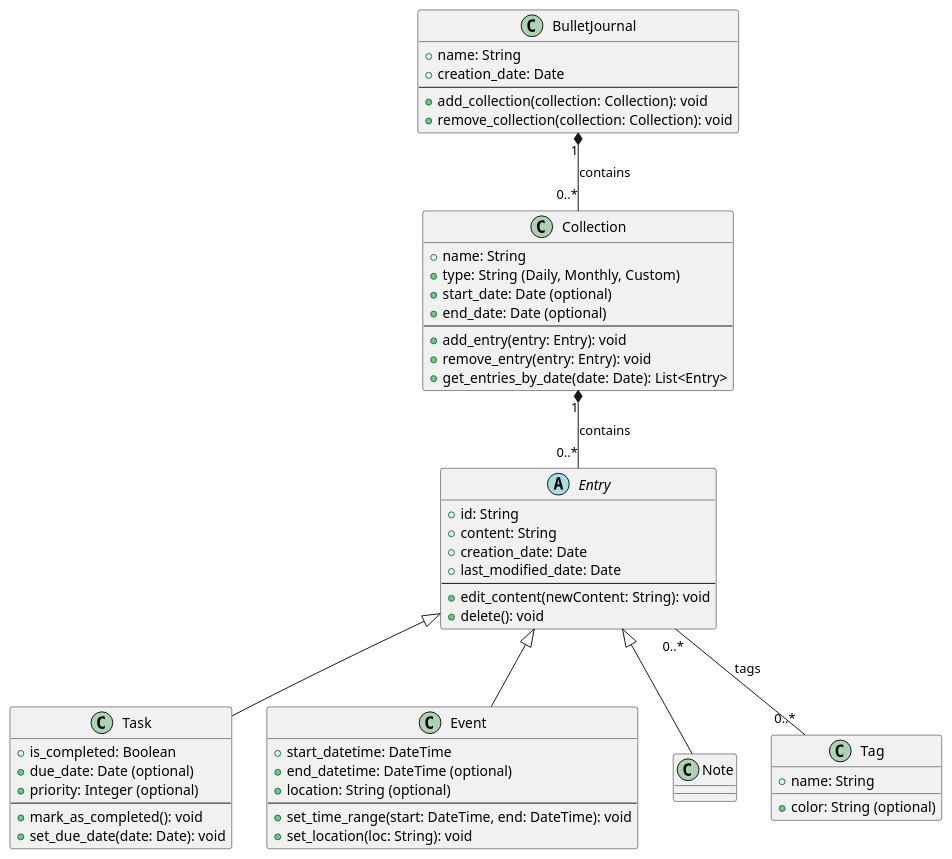
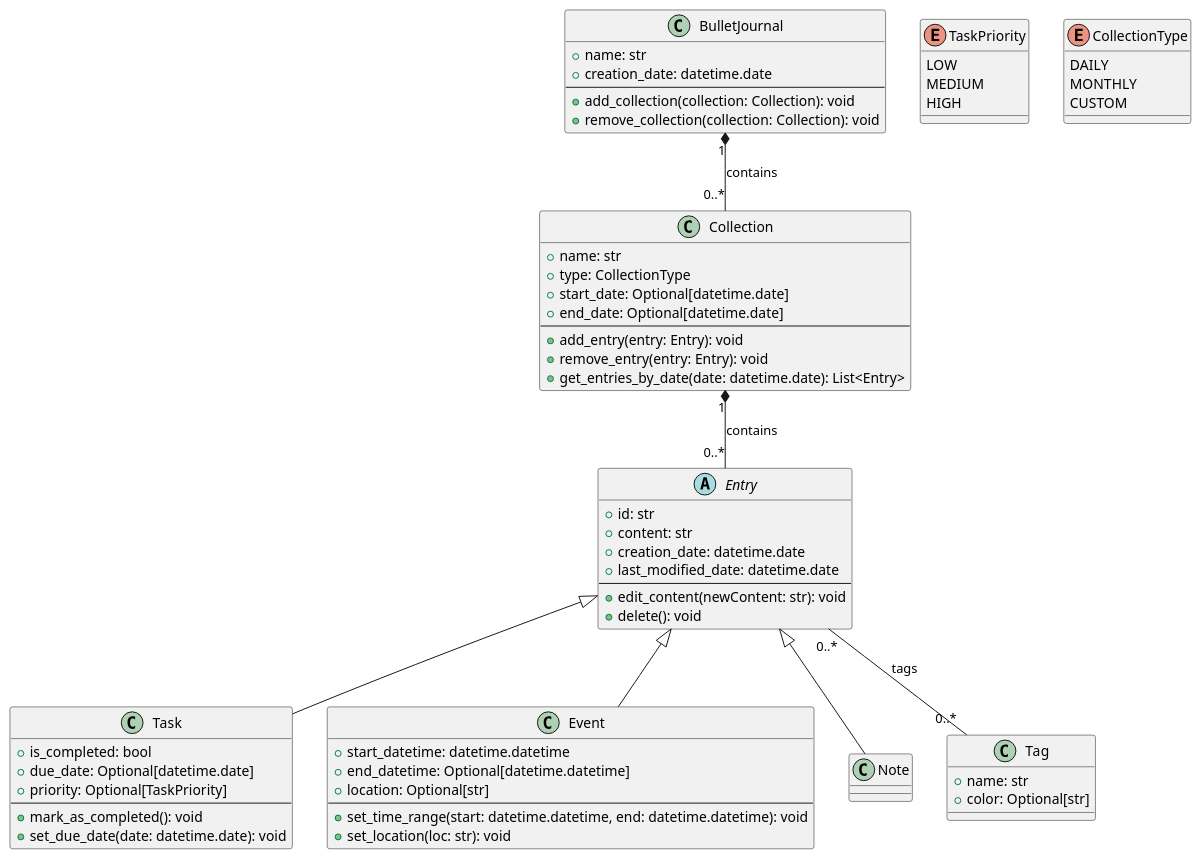
Before and after one commit to boxdate/BuJoApp: the diagram in bullet_journal_class_diagram.puml, drawn with PlantUML. The commit also changed 13 other files, not shown here.

```diff
--- a/bullet_journal_class_diagram.puml
+++ b/bullet_journal_class_diagram.puml
@@ -1,77 +1,90 @@
 @startuml
 ' 抽象クラスまたはインターフェースの定義
 abstract class Entry {
-    + id: String
-    + content: String
-    + creation_date: Date
-    + last_modified_date: Date
+    + id: str
+    + content: str
+    + creation_date: datetime.date
+    + last_modified_date: datetime.date
     --
-    + edit_content(newContent: String): void
+    + edit_content(newContent: str): void
     + delete(): void
 }
 
 ' Entryを継承する具体的なエントリタイプ
 class Task {
-    + is_completed: Boolean
-    + due_date: Date (optional)
-    + priority: Integer (optional)
+    + is_completed: bool
+    + due_date: Optional[datetime.date]
+    + priority: Optional[TaskPriority]
     --
     + mark_as_completed(): void
-    + set_due_date(date: Date): void
+    + set_due_date(date: datetime.date): void
 }
 
 class Event {
-    + start_datetime: DateTime
-    + end_datetime: DateTime (optional)
-    + location: String (optional)
+    + start_datetime: datetime.datetime
+    + end_datetime: Optional[datetime.datetime]
+    + location: Optional[str]
     --
-    + set_time_range(start: DateTime, end: DateTime): void
-    + set_location(loc: String): void
+    + set_time_range(start: datetime.datetime, end: datetime.datetime): void
+    + set_location(loc: str): void
 }
 
 class Note {
     ' Entryのcontentで十分
 }
 
 ' コレクションクラス
 class Collection {
-    + name: String
-    + type: String (Daily, Monthly, Custom)
-    + start_date: Date (optional)
-    + end_date: Date (optional)
+    + name: str
+    + type: CollectionType
+    + start_date: Optional[datetime.date]
+    + end_date: Optional[datetime.date]
     --
     + add_entry(entry: Entry): void
     + remove_entry(entry: Entry): void
-    + get_entries_by_date(date: Date): List<Entry>
+    + get_entries_by_date(date: datetime.date): List<Entry>
 }
 
 ' バレットジャーナル本体
 class BulletJournal {
-    + name: String
-    + creation_date: Date
+    + name: str
+    + creation_date: datetime.date
     --
     + add_collection(collection: Collection): void
     + remove_collection(collection: Collection): void
 }
 
 ' タグクラス
 class Tag {
-    + name: String
-    + color: String (optional)
+    + name: str
+    + color: Optional[str]
+}
+
+' 列挙型の定義
+enum TaskPriority {
+    LOW
+    MEDIUM
+    HIGH
+}
+
+enum CollectionType {
+    DAILY
+    MONTHLY
+    CUSTOM
 }
 
 ' 関係性の定義
 
 ' 汎化 (継承)
 Entry <|-- Task
 Entry <|-- Event
 Entry <|-- Note
 
 ' 集約/コンポジション (has-a 関係)
 BulletJournal "1" *-- "0..*" Collection : contains
 Collection "1" *-- "0..*" Entry : contains
 
 ' 関連 (多対多)
 Entry "0..*" -- "0..*" Tag : tags
 
 @enduml
```
